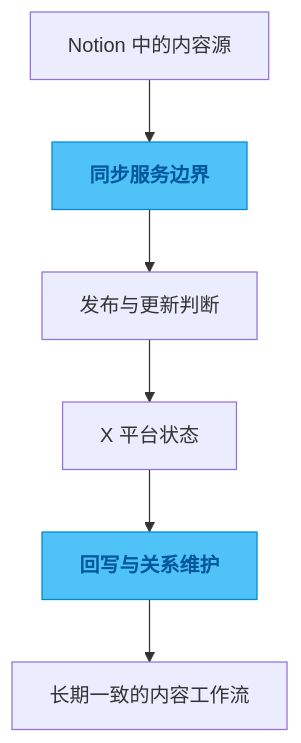
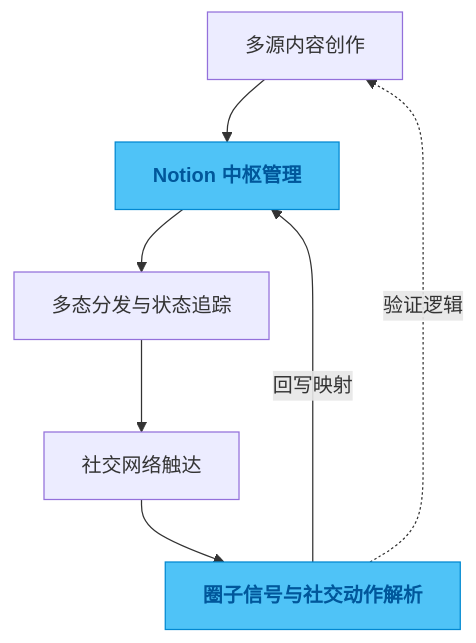
Before and after one commit to APE-147/portfolio-collection: the diagram in projects/tweet-database.md, drawn with Mermaid. The commit also changed other lines of this file and 3 other files, not shown here.

````diff
--- a/projects/tweet-database.md
+++ b/projects/tweet-database.md
@@ -33,13 +31,14 @@
 ```mermaid
 flowchart TD
-    A["Notion 中的内容源"] --> B["同步服务边界"]
-    B --> C["发布与更新判断"]
-    C --> D["X 平台状态"]
-    D --> E["回写与关系维护"]
-    E --> F["长期一致的内容工作流"]
+    A["多源内容创作"] --> B["Notion 中枢管理"]
+    B --> C["多态分发与状态追踪"]
+    C --> D["社交网络触达"]
+    D --> E["圈子信号与社交动作解析"]
+    E -->|回写映射| B
+    E -.验证逻辑.-> A
 
     class B coreStyle
     class E coreStyle
 
     classDef coreStyle fill:#4fc3f7,stroke:#0288d1,color:#01579b,font-weight:bold;
 ```
````
